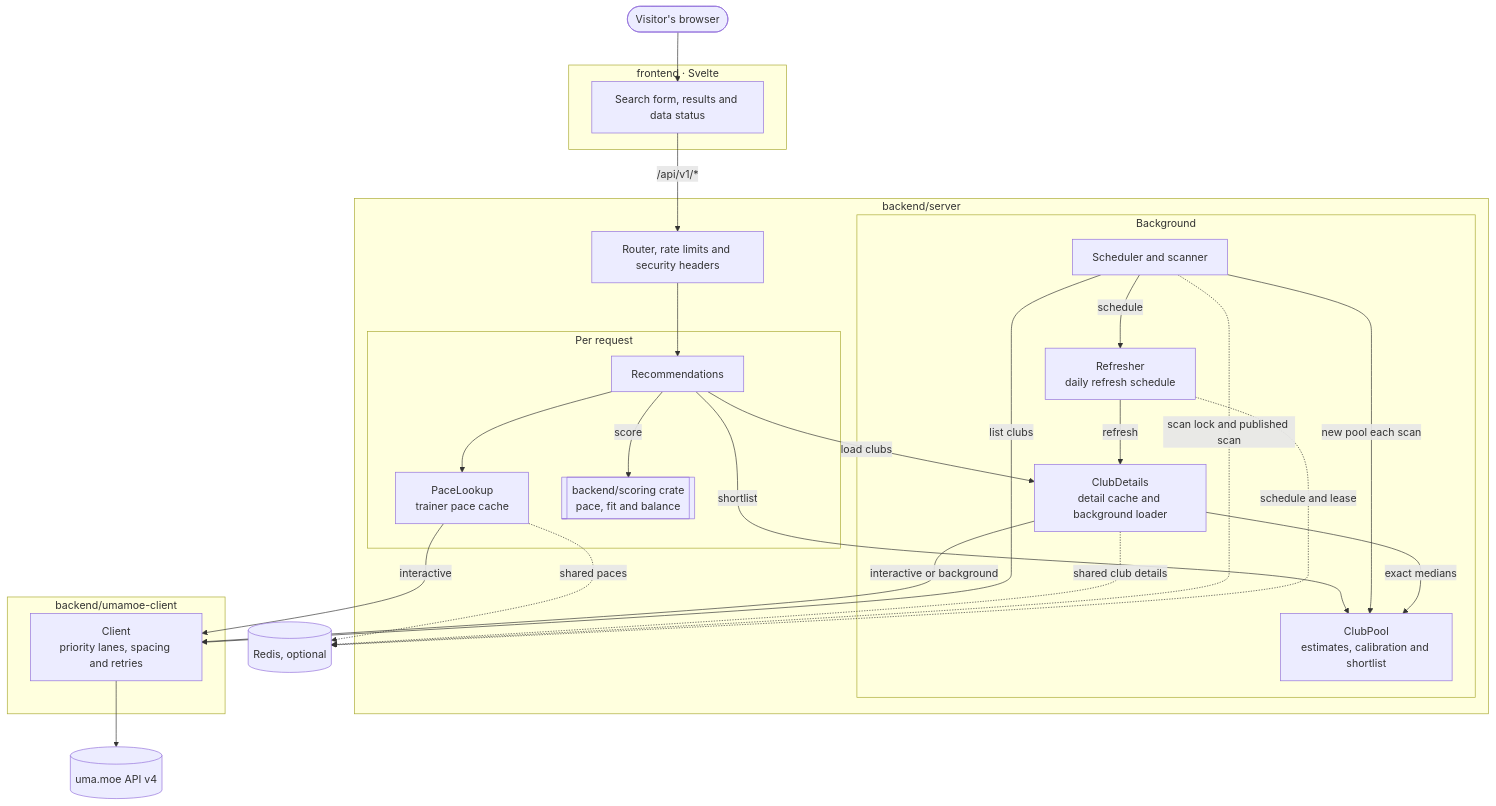
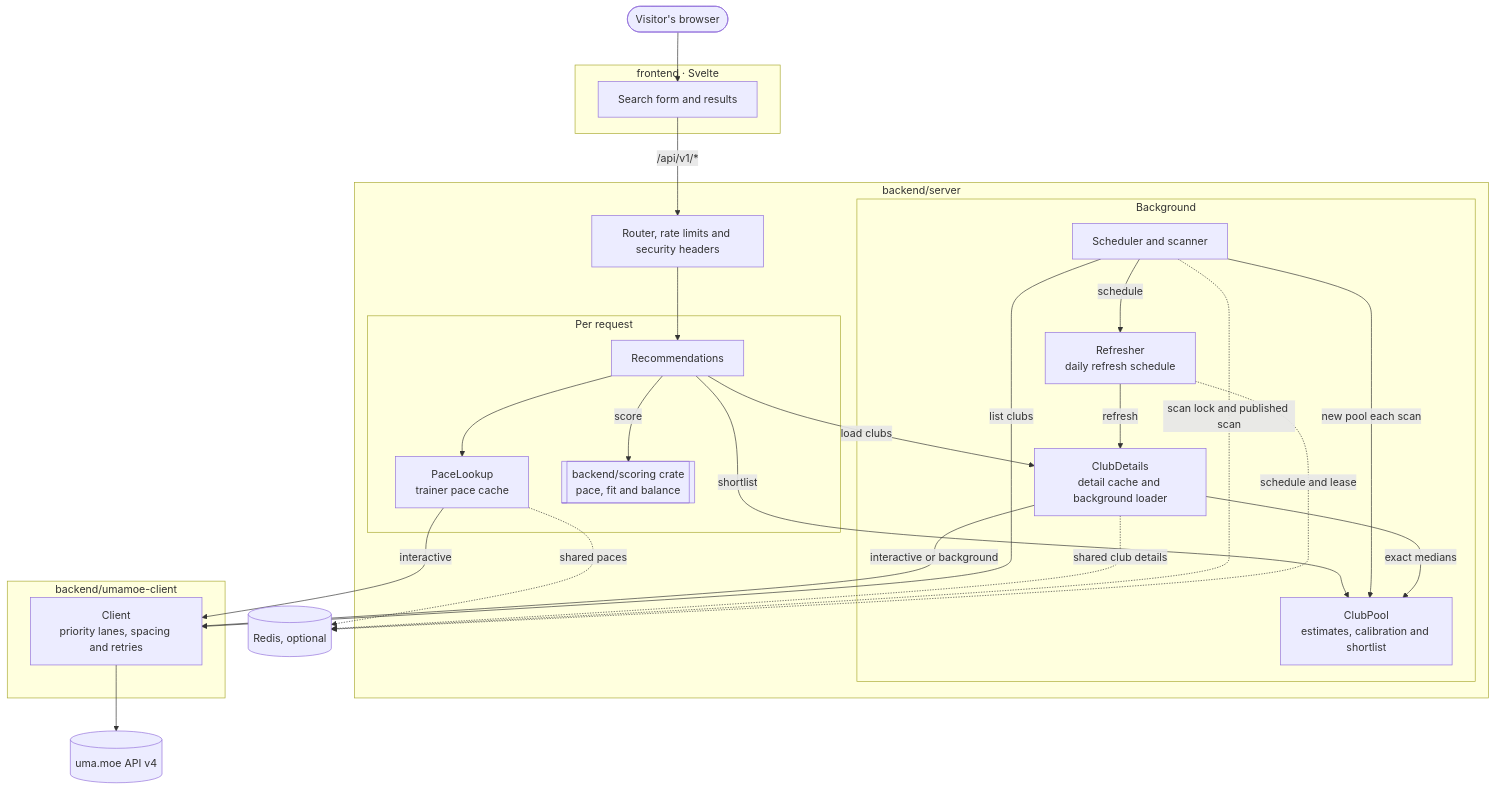
One commit to AbnormallyGrim/uma-stable-match changed the diagram in ARCHITECTURE.md. Above: the diagram before and after it, drawn with Mermaid. The commit also changed other lines of this file and 18 other files, not shown here.

````diff
--- a/ARCHITECTURE.md
+++ b/ARCHITECTURE.md
@@ -5,50 +5,50 @@
 ```mermaid
 flowchart TB
     visitor([Visitor's browser])
 
     subgraph frontend [frontend · Svelte]
-        ui[Search form, results and data status]
+        ui[Search form and results]
     end
 
     subgraph server [backend/server]
         router[Router, rate limits and security headers]
         subgraph requests [Per request]
             recs[Recommendations]
             paces[PaceLookup<br/>trainer pace cache]
             scoring[[backend/scoring crate<br/>pace, fit and balance]]
         end
         subgraph shared [Background]
             scanner[Scheduler and scanner]
             pool[ClubPool<br/>estimates, calibration and shortlist]
             details[ClubDetails<br/>detail cache and background loader]
             refresher[Refresher<br/>daily refresh schedule]
         end
     end
 
     subgraph client [backend/umamoe-client]
         api[Client<br/>priority lanes, spacing and retries]
     end
 
     umamoe[(uma.moe API v4)]
     redis[(Redis, optional)]
 
     visitor --> ui
     ui -- "/api/v1/*" --> router
     router --> recs
     recs --> paces
     recs -- "shortlist" --> pool
     recs -- "load clubs" --> details
     recs -- "score" --> scoring
     scanner -- "new pool each scan" --> pool
     scanner -- "schedule" --> refresher
     refresher -- "refresh" --> details
     details -- "exact medians" --> pool
     paces -- "interactive" --> api
     details -- "interactive or background" --> api
     scanner -- "list clubs" --> api
     api --> umamoe
     paces -. "shared paces" .-> redis
     details -. "shared club details" .-> redis
     scanner -. "scan lock and published scan" .-> redis
     refresher -. "schedule and lease" .-> redis
 ```
````
